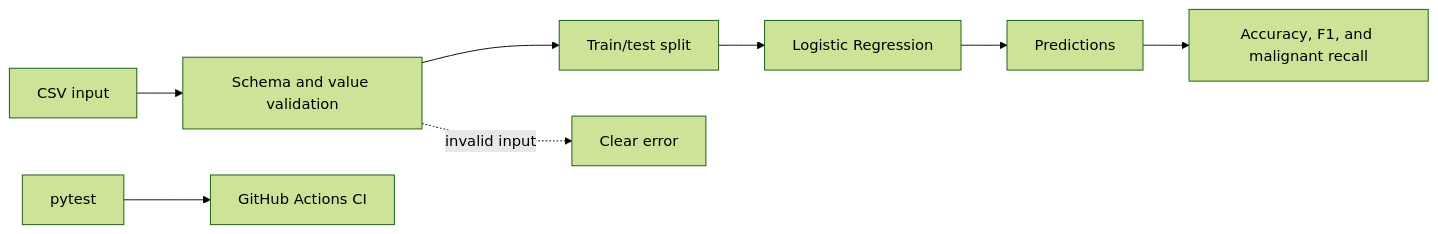
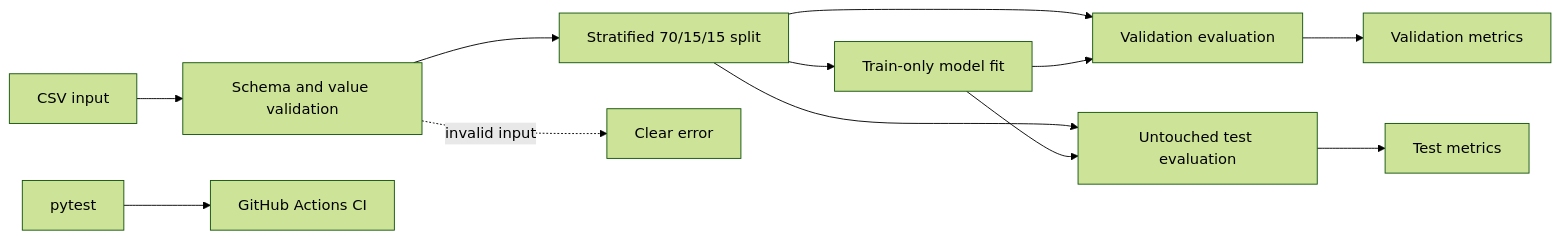
One commit to aemref/AI-01-production-ml-classifier changed the diagram in README.md. Above: the diagram before and after it, drawn with Mermaid (forest theme). The commit also changed other lines of this file and 7 other files, not shown here.

Commit message:
feat: add leakage-safe train validation test split

````diff
--- a/README.md
+++ b/README.md
@@ -105,10 +108,14 @@
 ```mermaid
 flowchart LR
     A[CSV input] --> B[Schema and value validation]
-    B --> C[Train/test split]
-    C --> D[Logistic Regression]
-    D --> E[Predictions]
-    E --> F[Accuracy, F1, and malignant recall]
-    G[pytest] --> H[GitHub Actions CI]
-    B -. invalid input .-> I[Clear error]
+    B --> C[Stratified 70/15/15 split]
+    C --> D[Train-only model fit]
+    C --> E[Validation evaluation]
+    C --> F[Untouched test evaluation]
+    D --> E
+    D --> F
+    E --> G[Validation metrics]
+    F --> H[Test metrics]
+    I[pytest] --> J[GitHub Actions CI]
+    B -. invalid input .-> K[Clear error]
 ```
````
